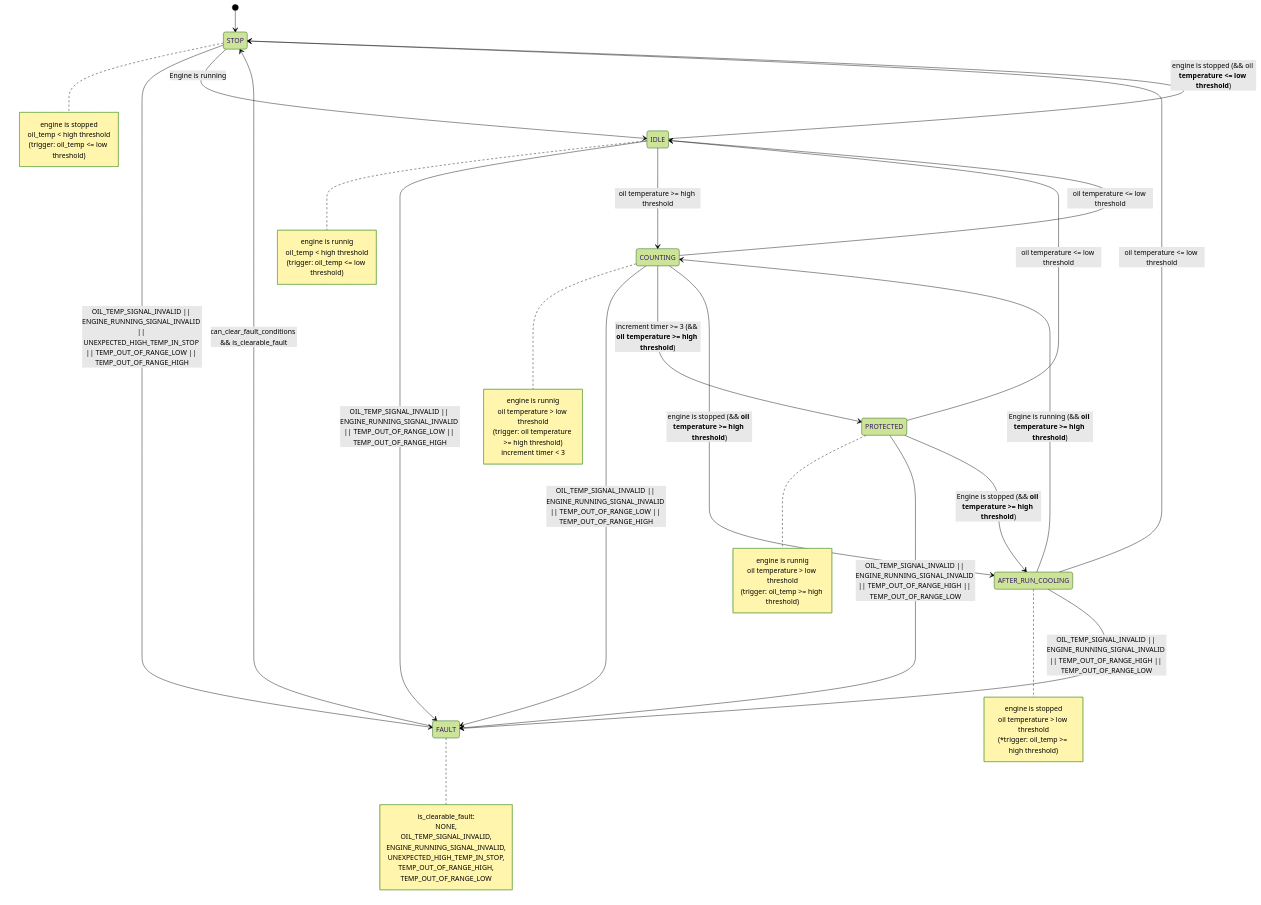
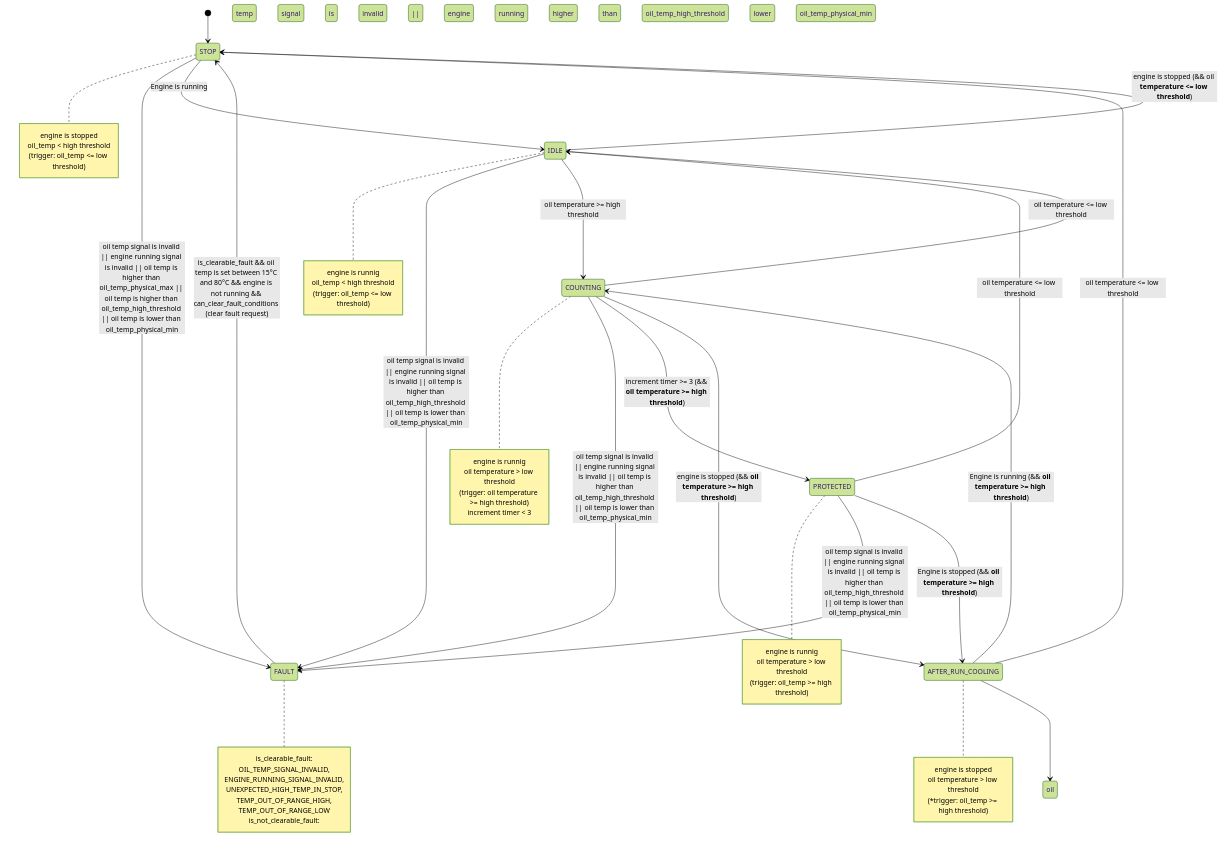
Before and after one commit to CY-M02605/Embedded-Control-Architecture: the diagram in README.md, drawn with Mermaid (forest theme). The commit also changed other lines of this file, not shown here.

````diff
--- a/README.md
+++ b/README.md
@@ -298,62 +561,62 @@
 ```mermaid
 stateDiagram-v2
     [*] --> STOP
 
     note right of STOP
         engine is stopped
         oil_temp < high threshold
         (trigger: oil_temp <= low threshold)
     end note
-    STOP --> FAULT: OIL_TEMP_SIGNAL_INVALID || ENGINE_RUNNING_SIGNAL_INVALID || UNEXPECTED_HIGH_TEMP_IN_STOP || TEMP_OUT_OF_RANGE_LOW || TEMP_OUT_OF_RANGE_HIGH
+    STOP --> FAULT: oil temp signal is invalid || engine running signal is invalid || oil temp is higher than oil_temp_physical_max || oil temp is higher than oil_temp_high_threshold || oil temp is lower than oil_temp_physical_min
     STOP --> IDLE: Engine is running
 
     note right of IDLE
         engine is runnig
         oil_temp < high threshold
         (trigger: oil_temp <= low threshold)
     end note
-    IDLE --> FAULT: OIL_TEMP_SIGNAL_INVALID || ENGINE_RUNNING_SIGNAL_INVALID || TEMP_OUT_OF_RANGE_LOW || TEMP_OUT_OF_RANGE_HIGH
+    IDLE --> FAULT: oil temp signal is invalid || engine running signal is invalid || oil temp is higher than oil_temp_high_threshold || oil temp is lower than oil_temp_physical_min
     IDLE --> COUNTING: oil temperature >= high threshold
     IDLE --> STOP: engine is stopped (&& oil **temperature <= low threshold**)
 
     note right of COUNTING
         engine is runnig
         oil temperature > low threshold
         (trigger: oil temperature >= high threshold)
         increment timer < 3
     end note
-    COUNTING --> FAULT: OIL_TEMP_SIGNAL_INVALID || ENGINE_RUNNING_SIGNAL_INVALID || TEMP_OUT_OF_RANGE_LOW || TEMP_OUT_OF_RANGE_HIGH
+    COUNTING --> FAULT: oil temp signal is invalid || engine running signal is invalid || oil temp is higher than oil_temp_high_threshold || oil temp is lower than oil_temp_physical_min
     COUNTING --> PROTECTED: increment timer >= 3 (&& **oil temperature >= high threshold**)
     COUNTING --> IDLE: oil temperature <= low threshold
     COUNTING --> AFTER_RUN_COOLING: engine is stopped (&& **oil temperature >= high threshold**)
 
     note right of PROTECTED
         engine is runnig
         oil temperature > low threshold
         (trigger: oil_temp >= high threshold)
     end note
-    PROTECTED --> FAULT: OIL_TEMP_SIGNAL_INVALID || ENGINE_RUNNING_SIGNAL_INVALID || TEMP_OUT_OF_RANGE_HIGH || TEMP_OUT_OF_RANGE_LOW
+    PROTECTED --> FAULT: oil temp signal is invalid || engine running signal is invalid || oil temp is higher than oil_temp_high_threshold || oil temp is lower than oil_temp_physical_min
     PROTECTED --> IDLE: oil temperature <= low threshold
     PROTECTED --> AFTER_RUN_COOLING: Engine is stopped (&& **oil temperature >= high threshold**)
 
     note right of AFTER_RUN_COOLING
         engine is stopped
         oil temperature > low threshold
         (*trigger: oil_temp >= high threshold)
     end note
-    AFTER_RUN_COOLING --> FAULT: OIL_TEMP_SIGNAL_INVALID || ENGINE_RUNNING_SIGNAL_INVALID || TEMP_OUT_OF_RANGE_HIGH || TEMP_OUT_OF_RANGE_LOW
+    AFTER_RUN_COOLING --> oil temp signal is invalid || engine running signal is invalid || oil temp is higher than oil_temp_high_threshold || oil temp is lower than oil_temp_physical_min
     AFTER_RUN_COOLING --> STOP: oil temperature <= low threshold
     AFTER_RUN_COOLING --> COUNTING: Engine is running (&& **oil temperature >= high threshold**)
 
     note right of FAULT
         is_clearable_fault:
-            NONE,
             OIL_TEMP_SIGNAL_INVALID,
             ENGINE_RUNNING_SIGNAL_INVALID,
             UNEXPECTED_HIGH_TEMP_IN_STOP,
             TEMP_OUT_OF_RANGE_HIGH,
             TEMP_OUT_OF_RANGE_LOW
-            
+        is_not_clearable_fault:
+
     end note
-    FAULT --> STOP: can_clear_fault_conditions && is_clearable_fault
+    FAULT --> STOP: is_clearable_fault && oil temp is set between 15°C and 80°C && engine is not running && can_clear_fault_conditions (clear fault request)
 ```
````
